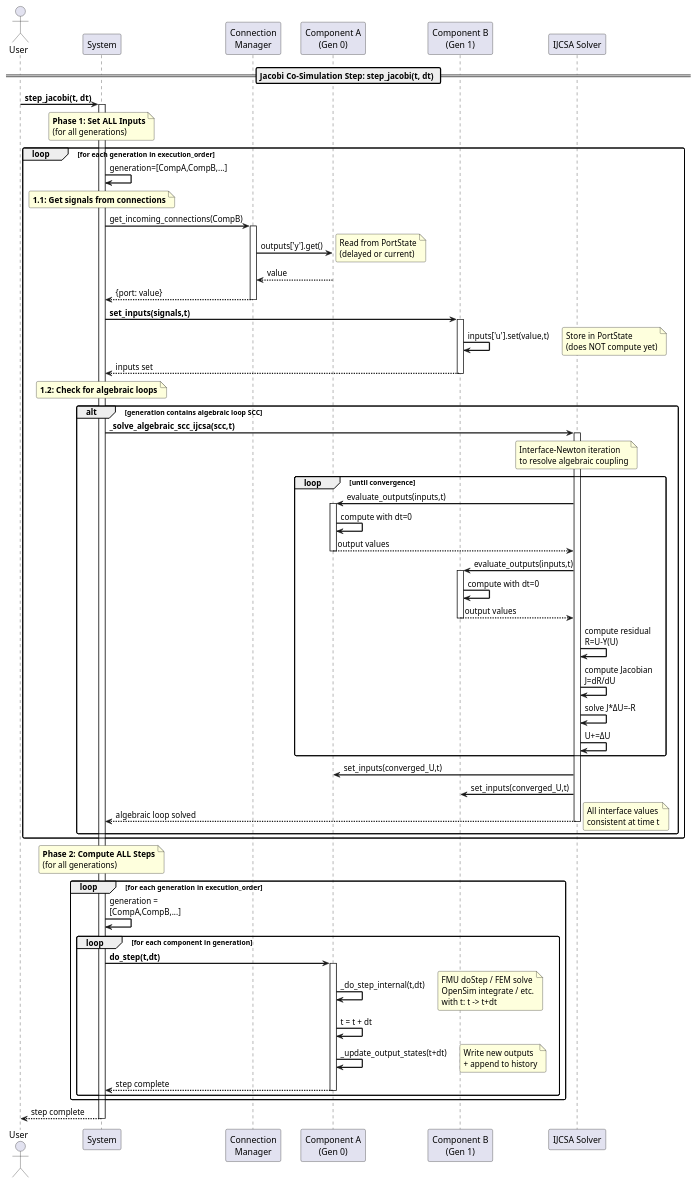
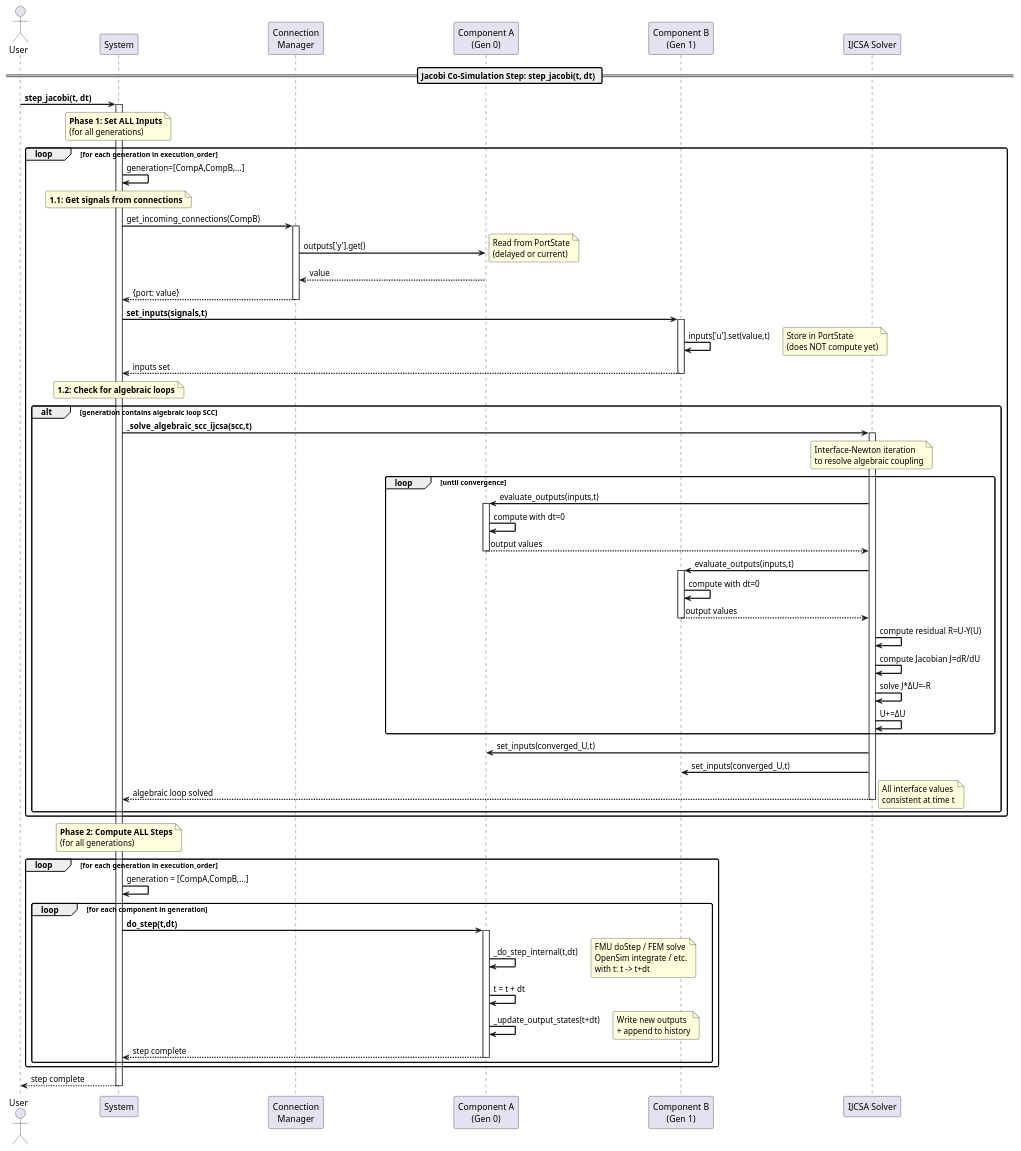
Before and after one commit to FlorianFrech/SystemSimulation: the diagram in docs/diagrams/src/execution/jacobi.puml, drawn with PlantUML. The commit also changed 53 other files, not shown here.

```diff
--- a/docs/diagrams/src/execution/jacobi.puml
+++ b/docs/diagrams/src/execution/jacobi.puml
@@ -1,114 +1,117 @@
 @startuml Jacobi_Step
 
 skinparam backgroundColor white
 skinparam sequenceArrowThickness 2
 skinparam roundcorner 5
-skinparam maxMessageSize 150
+skinparam maxMessageSize 300
+skinparam participantPadding 100
+skinparam wrapWidth 0
+skinparam maxMessageSize 500
 
 actor User
 participant "System" as System
 participant "Connection\nManager" as Connection
 participant "Component A\n(Gen 0)" as CompA
 participant "Component B\n(Gen 1)" as CompB
 participant "IJCSA Solver" as Solver
 
 == Jacobi Co-Simulation Step: step_jacobi(t, dt) ==
 
 User -> System: **step_jacobi(t, dt)**
 activate System
 
 note over System: **Phase 1: Set ALL Inputs**\n(for all generations)
 
 loop for each generation in execution_order
 
     System -> System: generation=[CompA,CompB,...]
     
     note over System: **1.1: Get signals from connections**
     
     System -> Connection: get_incoming_connections(CompB)
     activate Connection
     Connection -> CompA: outputs['y'].get()
     note right: Read from PortState\n(delayed or current)
     CompA --> Connection: value
     Connection --> System: {port: value}
     deactivate Connection
     
     System -> CompB: **set_inputs(signals,t)**
     activate CompB
     CompB -> CompB: inputs['u'].set(value,t)
     note right: Store in PortState\n(does NOT compute yet)
     CompB --> System: inputs set
     deactivate CompB
     
     note over System: **1.2: Check for algebraic loops**
     
     alt generation contains algebraic loop SCC
         System -> Solver: **_solve_algebraic_scc_ijcsa(scc,t)**
         activate Solver
         
         note over Solver: Interface-Newton iteration\nto resolve algebraic coupling
         
         loop until convergence
             Solver -> CompA: evaluate_outputs(inputs,t)
             activate CompA
             CompA -> CompA: compute with dt=0
             CompA --> Solver: output values
             deactivate CompA
             
             Solver -> CompB: evaluate_outputs(inputs,t)
             activate CompB
             CompB -> CompB: compute with dt=0
             CompB --> Solver: output values
             deactivate CompB
             
             Solver -> Solver: compute residual R=U-Y(U)
             Solver -> Solver: compute Jacobian J=dR/dU
             Solver -> Solver: solve J*ΔU=-R
             Solver -> Solver: U+=ΔU
         end
         
         Solver -> CompA: set_inputs(converged_U,t)
         Solver -> CompB: set_inputs(converged_U,t)
         
         Solver --> System: algebraic loop solved
         deactivate Solver
         
         note right: All interface values\nconsistent at time t
     end
 
 end
 
 note over System: **Phase 2: Compute ALL Steps**\n(for all generations)
 
 loop for each generation in execution_order
 
     System -> System: generation = [CompA,CompB,...]
     
     loop for each component in generation
         System -> CompA: **do_step(t,dt)**
         activate CompA
         CompA -> CompA: _do_step_internal(t,dt)
         note right: FMU doStep / FEM solve\nOpenSim integrate / etc.\nwith t: t -> t+dt
         CompA -> CompA: t = t + dt
         CompA -> CompA: _update_output_states(t+dt)
         note right: Write new outputs\n+ append to history
         CompA --> System: step complete
         deactivate CompA
     end
     
 end
 
 System --> User: step complete
 deactivate System
 
 ' note over System
 ' **Key Differences from Gauss-Seidel:**
 ' - Phase 1 and Phase 2 are FULLY separated
 ' - All inputs set before ANY computation
 ' - Components in same generation can be
 '   computed in parallel (Phase 2)
 ' - Algebraic loops still solved via IJCSA
 '   in Phase 1 for consistency
 ' end note
 
 @enduml
```
